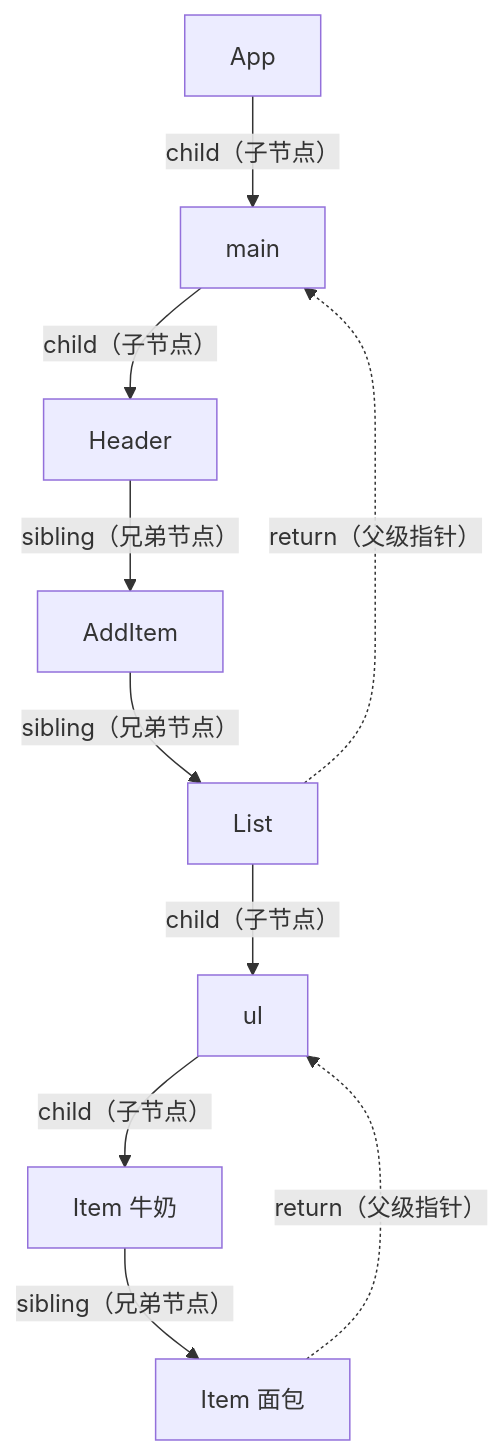
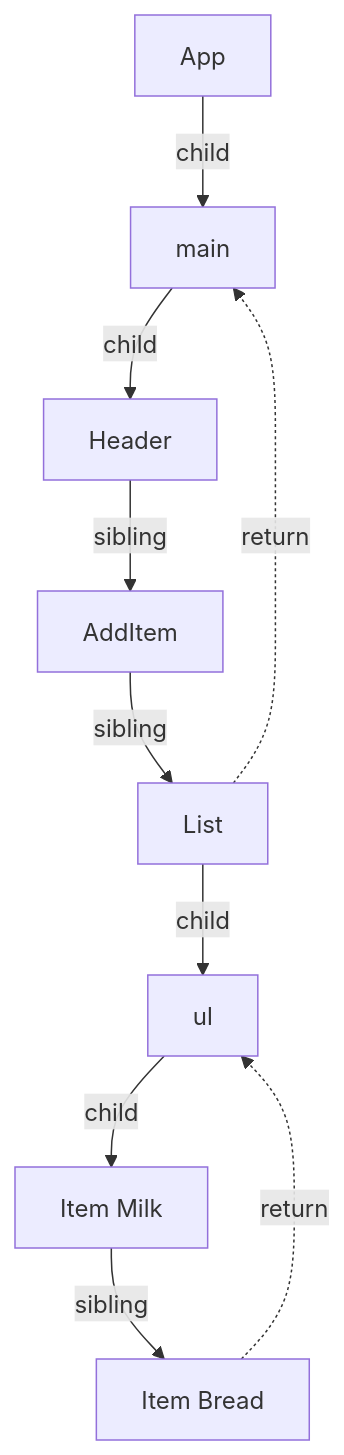
Before and after one commit to ZhaoTim/react-garden-zh: the first of 2 diagrams in content/react-concepts/06 Fiber - Work You Can Pause.md, drawn with Mermaid. The commit also changed other lines of this file and 12 other files, not shown here.

Commit message:
fix: restore all Mermaid diagrams to original English technical terms

````diff
--- a/content/react-concepts/06 Fiber - Work You Can Pause.md
+++ b/content/react-concepts/06 Fiber - Work You Can Pause.md
@@ -44,12 +44,12 @@
 ```mermaid
 flowchart TD
-  App["App"] -->|child（子节点）| main["main"]
-  main -->|child（子节点）| Header["Header"]
-  Header -->|sibling（兄弟节点）| AddItem["AddItem"]
-  AddItem -->|sibling（兄弟节点）| List["List"]
-  List -->|child（子节点）| ul["ul"]
-  ul -->|child（子节点）| I1["Item 牛奶"]
-  I1 -->|sibling（兄弟节点）| I2["Item 面包"]
-  I2 -.->|return（父级指针）| ul
-  List -.->|return（父级指针）| main
+  App["App"] -->|child| main["main"]
+  main -->|child| Header["Header"]
+  Header -->|sibling| AddItem["AddItem"]
+  AddItem -->|sibling| List["List"]
+  List -->|child| ul["ul"]
+  ul -->|child| I1["Item Milk"]
+  I1 -->|sibling| I2["Item Bread"]
+  I2 -.->|return| ul
+  List -.->|return| main
 ```
````
